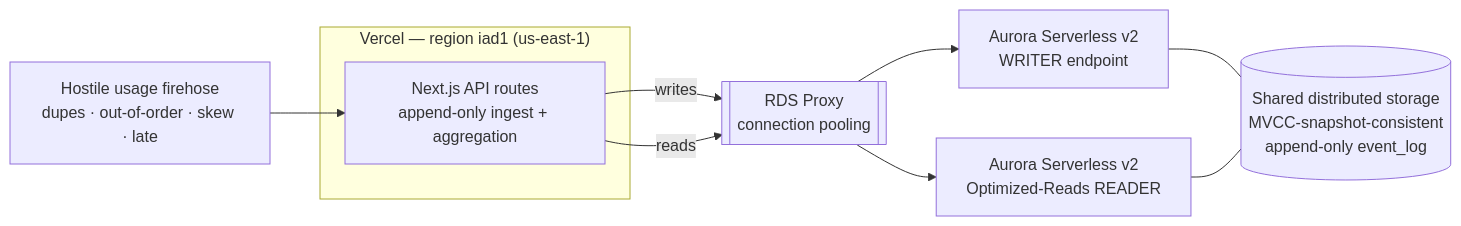
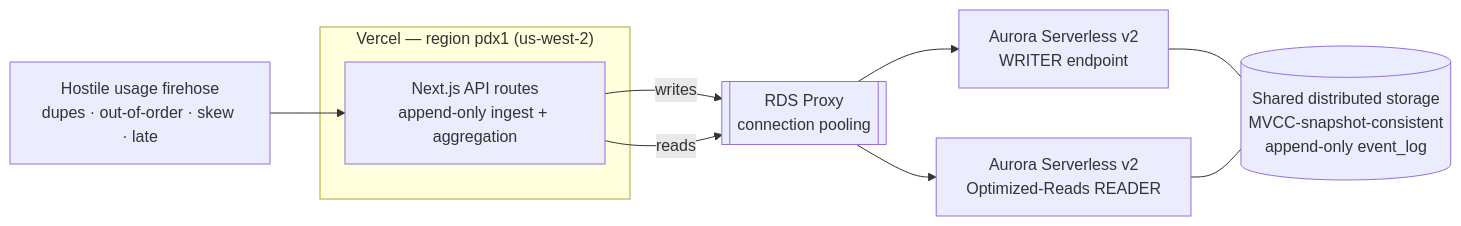
One commit to Jeremiah-Sakuda/Thabiti changed the diagram in README.md. Above: the diagram before and after it, drawn with Mermaid. The commit also changed other lines of this file and 9 other files, not shown here.

First line of the commit message:
chore: align region to pdx1/us-west-2; bump remote-suite test timeout

````diff
--- a/README.md
+++ b/README.md
@@ -101,13 +101,13 @@
 ```mermaid
 flowchart LR
   FH["Hostile usage firehose<br/>dupes · out-of-order · skew · late"] --> V
-  subgraph VRC["Vercel — region iad1 (us-east-1)"]
+  subgraph VRC["Vercel — region pdx1 (us-west-2)"]
     V["Next.js API routes<br/>append-only ingest + aggregation"]
   end
   V -->|"writes"| RP[["RDS Proxy<br/>connection pooling"]]
   V -->|"reads"| RP
   RP --> W["Aurora Serverless v2<br/>WRITER endpoint"]
   RP --> R["Aurora Serverless v2<br/>Optimized-Reads READER"]
   W --- S[("Shared distributed storage<br/>MVCC-snapshot-consistent<br/>append-only event_log")]
   R --- S
 ```
````
